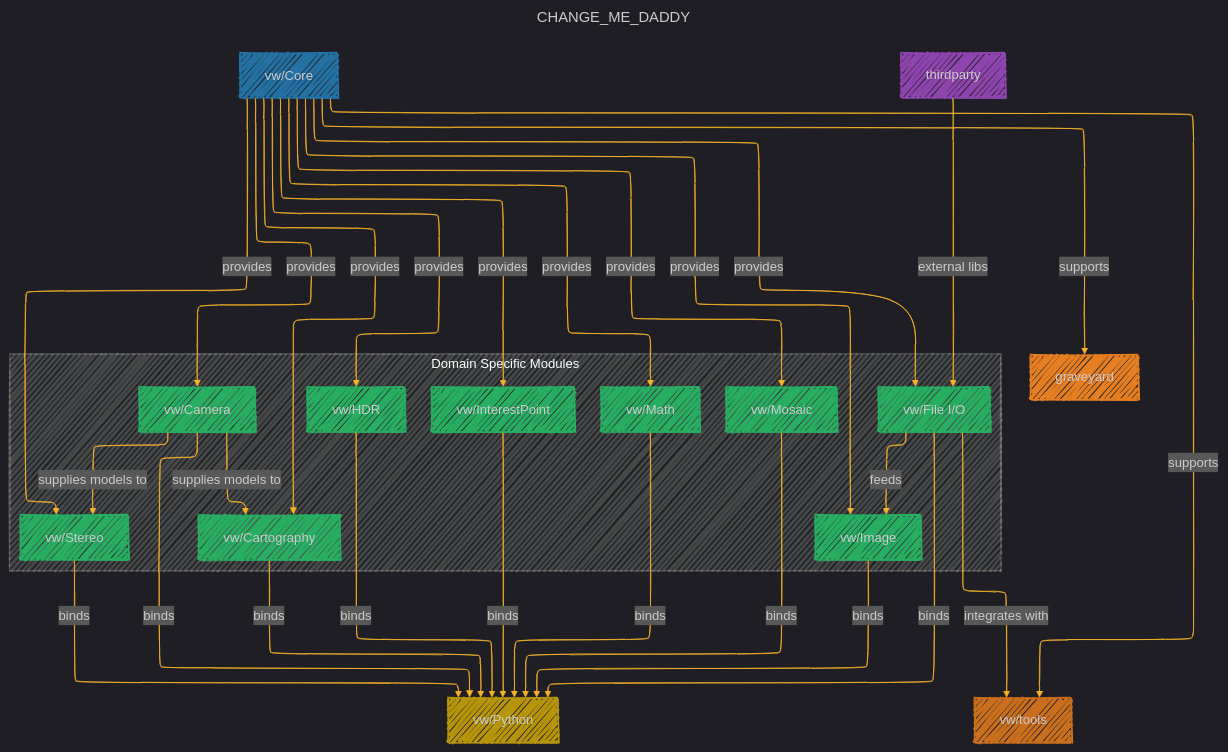
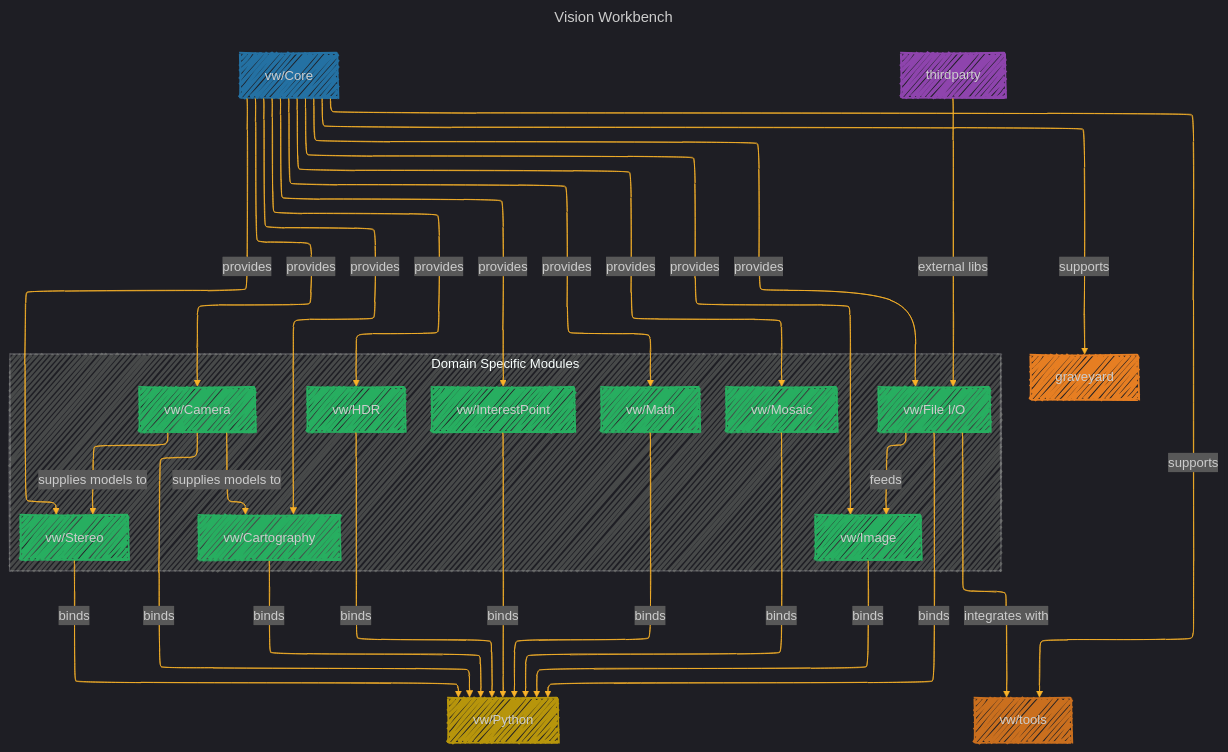
One commit to CongLeSolutionX/ArchExplorer changed the diagram in NASA/vision_work_bench.md. Above: the diagram before and after it, drawn with Mermaid. The commit also changed 2 other files, not shown here.

Commit message:
add more notes and update code

````diff
--- a/NASA/vision_work_bench.md
+++ b/NASA/vision_work_bench.md
@@ -26,6 +26,6 @@
 ```mermaid
 ---
-title: "CHANGE_ME_DADDY"
+title: "Vision Workbench"
 author: "Cong Le"
 version: "1.0"
 license(s): "MIT, CC BY 4.0"
````
